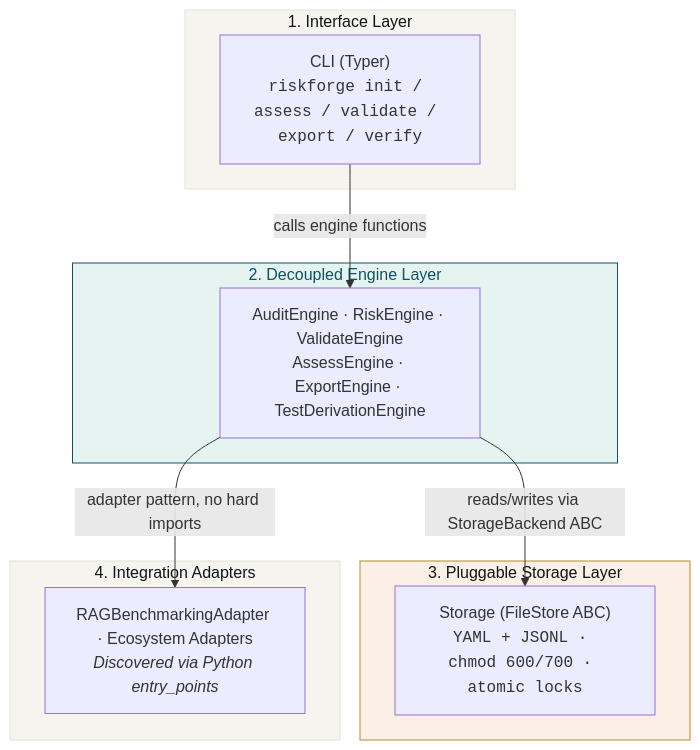
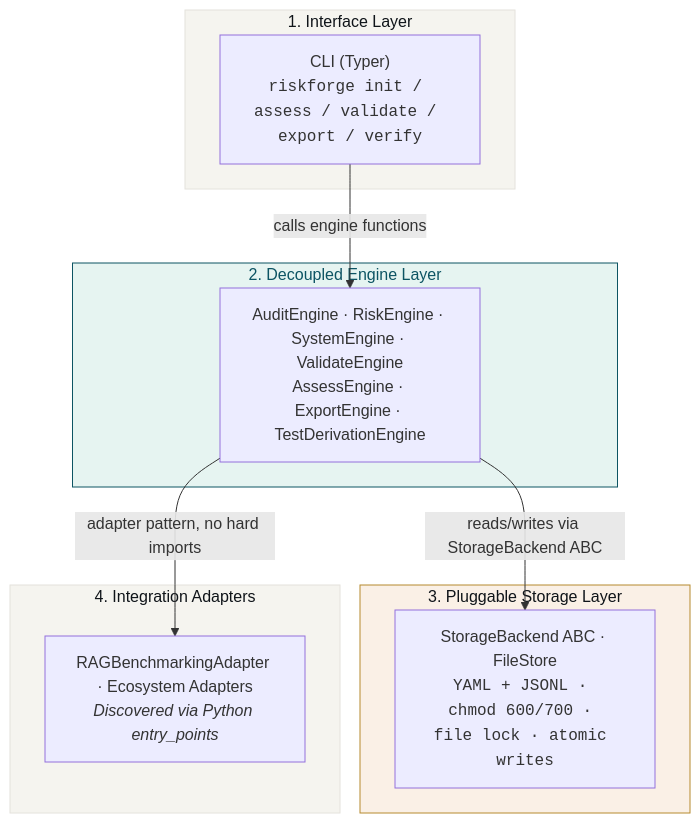
Before and after one commit to aiexponent/riskforge: the first of 3 diagrams in README.md, drawn with Mermaid. The commit also changed other lines of this file and 3 other files, not shown here.

````diff
--- a/README.md
+++ b/README.md
@@ -132,27 +145,27 @@
 ```mermaid
 graph TB
     subgraph UI ["1. Interface Layer"]
         CLI["CLI (Typer)<br/><code>riskforge init / assess / validate / export / verify</code>"]
     end
 
     subgraph Core ["2. Decoupled Engine Layer"]
-        ENG["AuditEngine · RiskEngine · ValidateEngine<br/>AssessEngine · ExportEngine · TestDerivationEngine"]
+        ENG["AuditEngine · RiskEngine · SystemEngine · ValidateEngine<br/>AssessEngine · ExportEngine · TestDerivationEngine"]
     end
 
     subgraph Persistence ["3. Pluggable Storage Layer"]
-        STORE["Storage (FileStore ABC)<br/><code>YAML + JSONL · chmod 600/700 · atomic locks</code>"]
+        STORE["StorageBackend ABC · FileStore<br/><code>YAML + JSONL · chmod 600/700 · file lock · atomic writes</code>"]
     end
 
     subgraph Extensibility ["4. Integration Adapters"]
         ADAPT["RAGBenchmarkingAdapter · Ecosystem Adapters<br/><em>Discovered via Python entry_points</em>"]
     end
 
     CLI -->|"calls engine functions"| ENG
     ENG -->|"reads/writes via StorageBackend ABC"| STORE
     ENG -->|"adapter pattern, no hard imports"| ADAPT
 
     style UI fill:#F5F4EF,stroke:#E4E2DC,color:#0F1419
     style Core fill:#E6F4F1,stroke:#0D5463,color:#0D5463
     style Persistence fill:#FAF0E6,stroke:#B68A2E,color:#0F1419
     style Extensibility fill:#F5F4EF,stroke:#E4E2DC,color:#0F1419
 ```
````
